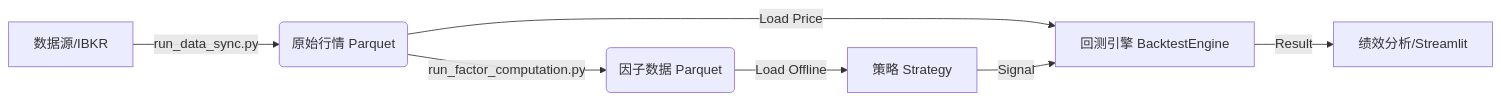
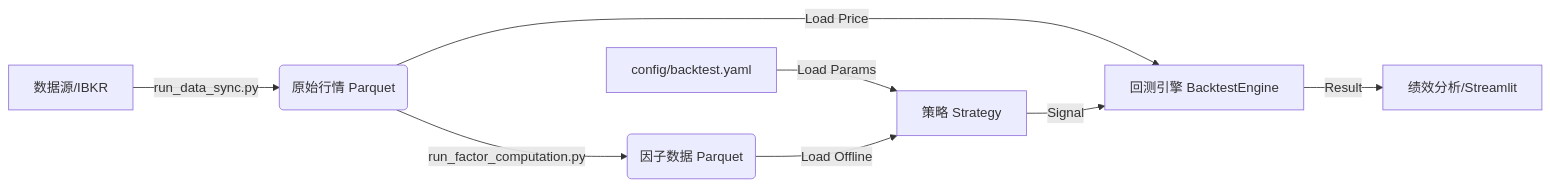
Before and after one commit to ericwang0321/Multi-Factor-Backtester: the first of 2 diagrams in README.md, drawn with Mermaid. The commit also changed other lines of this file, not shown here.

````diff
--- a/README.md
+++ b/README.md
@@ -36,10 +36,11 @@
 ```mermaid
 graph LR
     A[数据源/IBKR] -->|run_data_sync.py| B(原始行情 Parquet)
     B -->|run_factor_computation.py| C(因子数据 Parquet)
-    C -->|Load Offline| D[策略 Strategy]
+    Config[config/backtest.yaml] -->|Load Params| D[策略 Strategy]
+    C -->|Load Offline| D
     B -->|Load Price| E[回测引擎 BacktestEngine]
     D -->|Signal| E
     E -->|Result| F[绩效分析/Streamlit]
 
 ```
````
